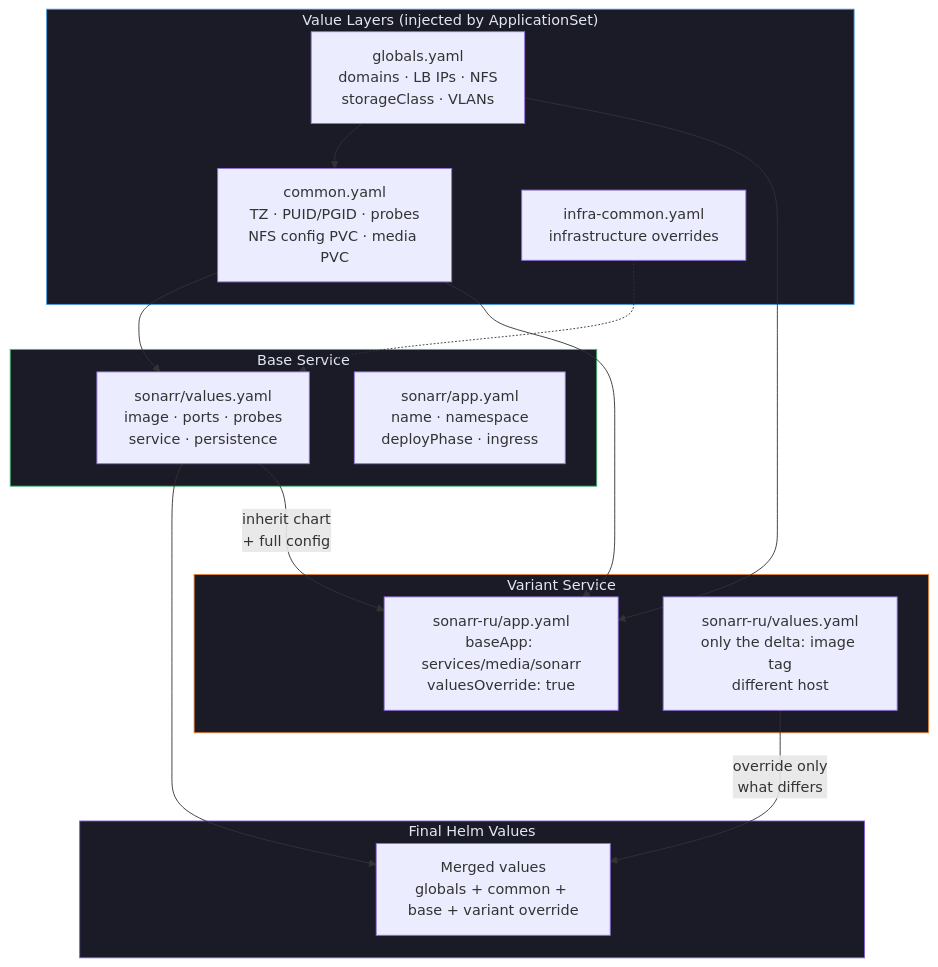
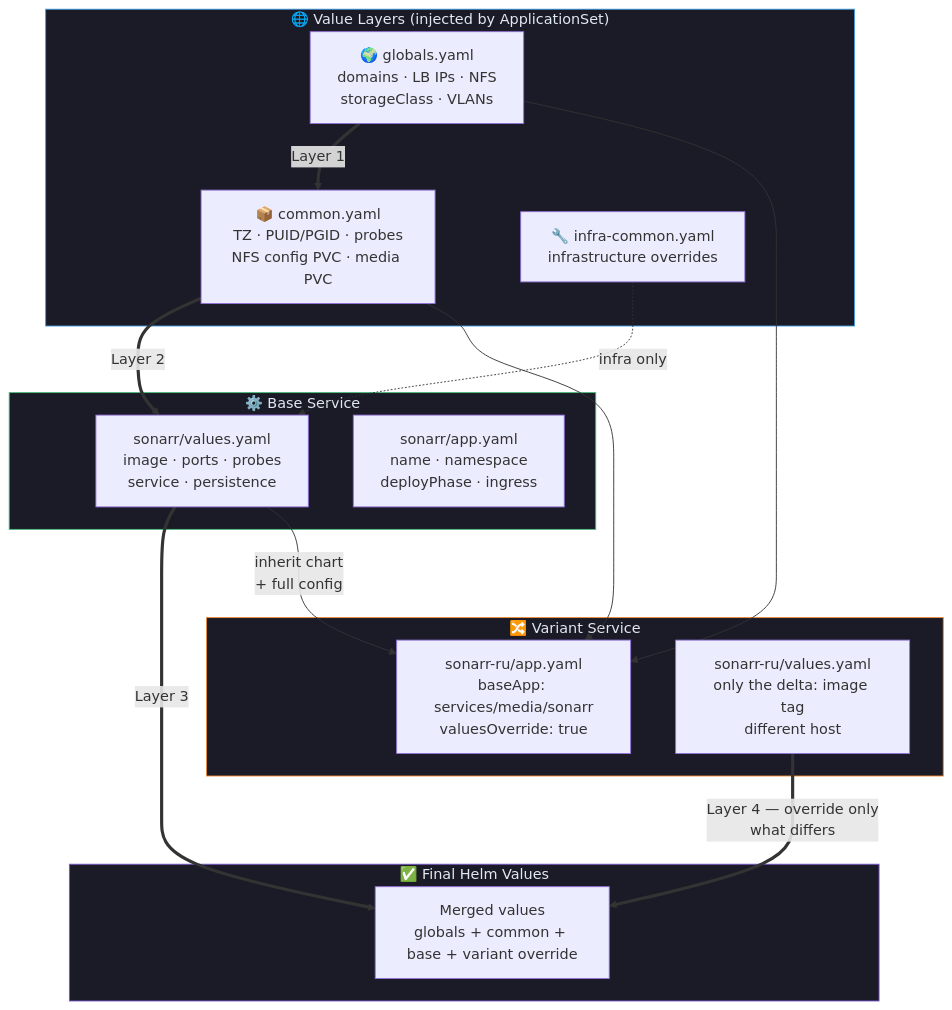
One commit to Starktastic-Homelab/apps changed the sixth of 8 diagrams in README.md. Above: the diagram before and after it, drawn with Mermaid. The commit also changed other lines of this file, not shown here.

Commit message:
docs: upgrade Mermaid diagrams with emojis, new diagram types, and additional flows

````diff
--- a/README.md
+++ b/README.md
@@ -222,36 +314,36 @@
 ```mermaid
 flowchart TB
-    subgraph templates["Value Layers (injected by ApplicationSet)"]
-        G["globals.yaml\ndomains · LB IPs · NFS\nstorageClass · VLANs"]
-        C["common.yaml\nTZ · PUID/PGID · probes\nNFS config PVC · media PVC"]
-        IC["infra-common.yaml\ninfrastructure overrides"]
+    subgraph templates["🌐 Value Layers (injected by ApplicationSet)"]
+        G["🌍 globals.yaml\ndomains · LB IPs · NFS\nstorageClass · VLANs"]
+        C["📦 common.yaml\nTZ · PUID/PGID · probes\nNFS config PVC · media PVC"]
+        IC["🔧 infra-common.yaml\ninfrastructure overrides"]
     end
 
-    subgraph base["Base Service"]
+    subgraph base["⚙️ Base Service"]
         BV["sonarr/values.yaml\nimage · ports · probes\nservice · persistence"]
         BA["sonarr/app.yaml\nname · namespace\ndeployPhase · ingress"]
     end
 
-    subgraph variant["Variant Service"]
+    subgraph variant["🔀 Variant Service"]
         VA["sonarr-ru/app.yaml\nbaseApp: services/media/sonarr\nvaluesOverride: true"]
         VV["sonarr-ru/values.yaml\nonly the delta: image tag\ndifferent host"]
     end
 
-    subgraph resolve["Final Helm Values"]
+    subgraph resolve["✅ Final Helm Values"]
         Merged["Merged values\nglobals + common + base + variant override"]
     end
 
-    G --> C
-    C --> BV
-    IC -.-> BV
-    BV --> Merged
+    G == "Layer 1" ==> C
+    C == "Layer 2" ==> BV
+    IC -. "infra only" .-> BV
+    BV == "Layer 3" ==> Merged
     G --> VA
     C --> VA
     BV -- "inherit chart\n+ full config" --> VA
-    VV -- "override only\nwhat differs" --> Merged
+    VV == "Layer 4 — override only\nwhat differs" ==> Merged
 
     style templates fill:#1a1b27,stroke:#4299e1,color:#e2e8f0
     style base fill:#1a1b27,stroke:#48bb78,color:#e2e8f0
     style variant fill:#1a1b27,stroke:#ed8936,color:#e2e8f0
     style resolve fill:#1a1b27,stroke:#805ad5,color:#e2e8f0
 ```
````
